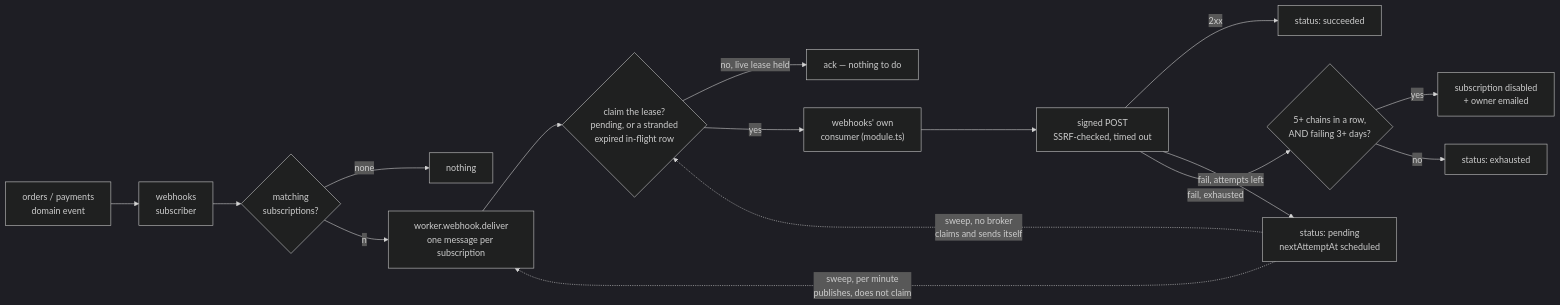
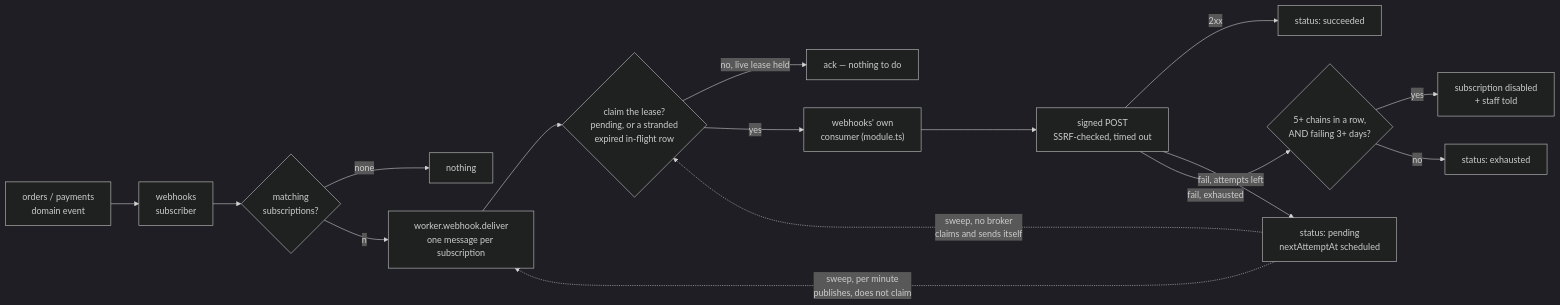
Before and after one commit to Guebbit/boilerplate-node-backend: the third of 5 diagrams in docs/modules/webhooks.md, drawn with Mermaid (dark theme). The commit also changed other lines of this file and 60 other files, not shown here.

````diff
--- a/docs/modules/webhooks.md
+++ b/docs/modules/webhooks.md
@@ -113,18 +114,18 @@
 ```mermaid
 flowchart LR
     SVC["orders / payments<br/>domain event"] --> PUB["webhooks<br/>subscriber"]
     PUB --> MATCH{"matching<br/>subscriptions?"}
     MATCH -->|none| DROP["nothing"]
     MATCH -->|n| Q["worker.webhook.deliver<br/>one message per subscription"]
     Q --> CLAIM{"claim the lease?<br/>pending, or a stranded<br/>expired in-flight row"}
     CLAIM -->|no, live lease held| ACK["ack — nothing to do"]
     CLAIM -->|yes| W["webhooks' own<br/>consumer (module.ts)"]
     W --> HTTP["signed POST<br/>SSRF-checked, timed out"]
     HTTP -->|2xx| OK["status: succeeded"]
     HTTP -->|fail, attempts left| BACK["status: pending<br/>nextAttemptAt scheduled"]
     HTTP -->|fail, exhausted| DIS{"5+ chains in a row,<br/>AND failing 3+ days?"}
-    DIS -->|yes| OFF["subscription disabled<br/>+ owner emailed"]
+    DIS -->|yes| OFF["subscription disabled<br/>+ staff told"]
     DIS -->|no| DONE["status: exhausted"]
     BACK -.->|sweep, per minute<br/>publishes, does not claim| Q
     BACK -.->|sweep, no broker<br/>claims and sends itself| CLAIM
 ```
````
